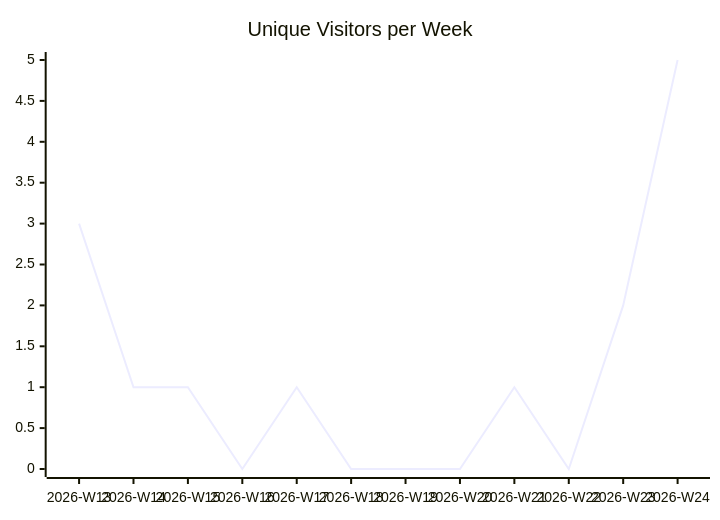
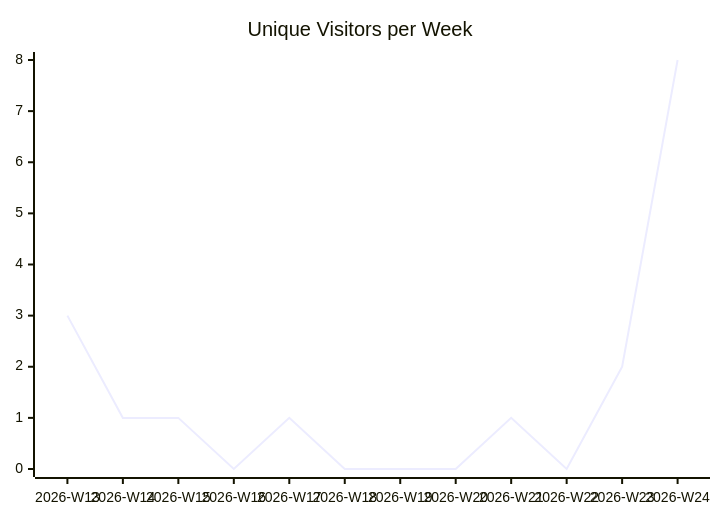
Before and after one commit to justdavis-family/github-analytics-data: the first of 3 diagrams in karlmdavis/rps-tourney/README.md, drawn with Mermaid. The commit also changed other lines of this file and 195 other files, not shown here.

````diff
--- a/karlmdavis/rps-tourney/README.md
+++ b/karlmdavis/rps-tourney/README.md
@@ -5,6 +5,6 @@
 ```mermaid
 xychart-beta
   title "Unique Visitors per Week"
   x-axis ["2026-W13", "2026-W14", "2026-W15", "2026-W16", "2026-W17", "2026-W18", "2026-W19", "2026-W20", "2026-W21", "2026-W22", "2026-W23", "2026-W24"]
-  line [3, 1, 1, 0, 1, 0, 0, 0, 1, 0, 2, 5]
+  line [3, 1, 1, 0, 1, 0, 0, 0, 1, 0, 2, 8]
 ```
````
